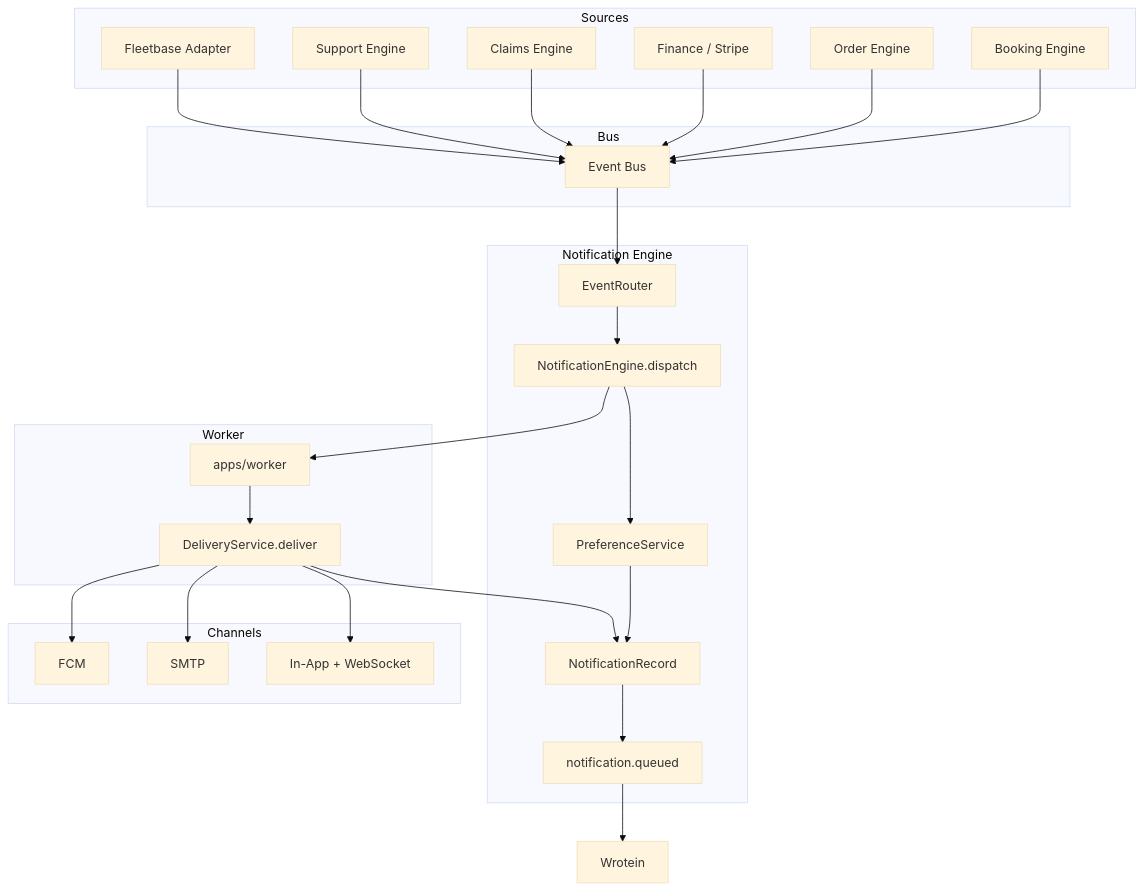
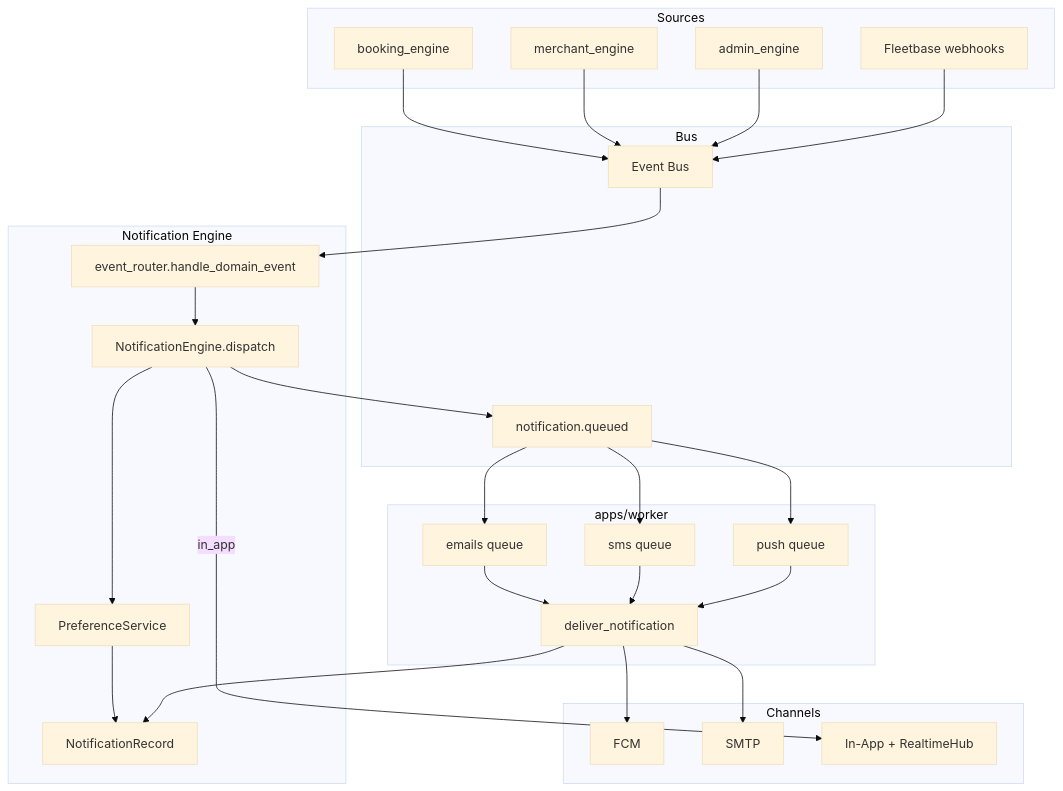
One commit to PORTERCHAIN-INC/PCD changed the diagram in docs/notifications/NOTIFICATION_DELIVERY_FLOW.md. Above: the diagram before and after it, drawn with Mermaid (base theme). The commit also changed other lines of this file and 453 other files, not shown here.

````diff
--- a/docs/notifications/NOTIFICATION_DELIVERY_FLOW.md
+++ b/docs/notifications/NOTIFICATION_DELIVERY_FLOW.md
@@ -5,46 +14,46 @@
 ```mermaid
 flowchart TB
   subgraph Sources
-    BE[Booking Engine]
-    OE[Order Engine]
-    FE[Finance / Stripe]
-    CE[Claims Engine]
-    SE[Support Engine]
-    FB[Fleetbase Adapter]
+    BE[booking_engine]
+    ME[merchant_engine]
+    AE[admin_engine]
+    FB[Fleetbase webhooks]
   end
 
   subgraph Bus
     EB[Event Bus]
+    NQ[notification.queued]
   end
 
   subgraph NE["Notification Engine"]
-    ER[EventRouter]
+    ER[event_router.handle_domain_event]
     ENG[NotificationEngine.dispatch]
     PREF[PreferenceService]
     REC[NotificationRecord]
-    Q[notification.queued]
   end
 
-  subgraph Worker
-    W[apps/worker]
-    DS[DeliveryService.deliver]
+  subgraph Worker["apps/worker"]
+    EP[emails queue]
+    SP[sms queue]
+    PP[push queue]
+    DS[deliver_notification]
   end
 
   subgraph Channels
     FCM[FCM]
     SMTP[SMTP]
-    IA[In-App + WebSocket]
+    IA[In-App + RealtimeHub]
   end
 
-  BE & OE & FE & CE & SE & FB --> EB
+  BE & ME & AE & FB --> EB
   EB --> ER
   ER --> ENG
   ENG --> PREF
   PREF --> REC
-  REC --> Q
-  Q --> Wrotein
-  ENG --> W
-  W --> DS
-  DS --> FCM & SMTP & IA
+  ENG -->|in_app| IA
+  ENG --> NQ
+  NQ --> EP & SP & PP
+  EP & SP & PP --> DS
+  DS --> FCM & SMTP
   DS --> REC
 ```
````
